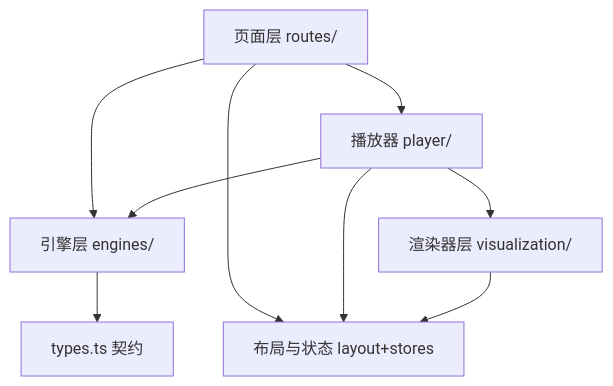
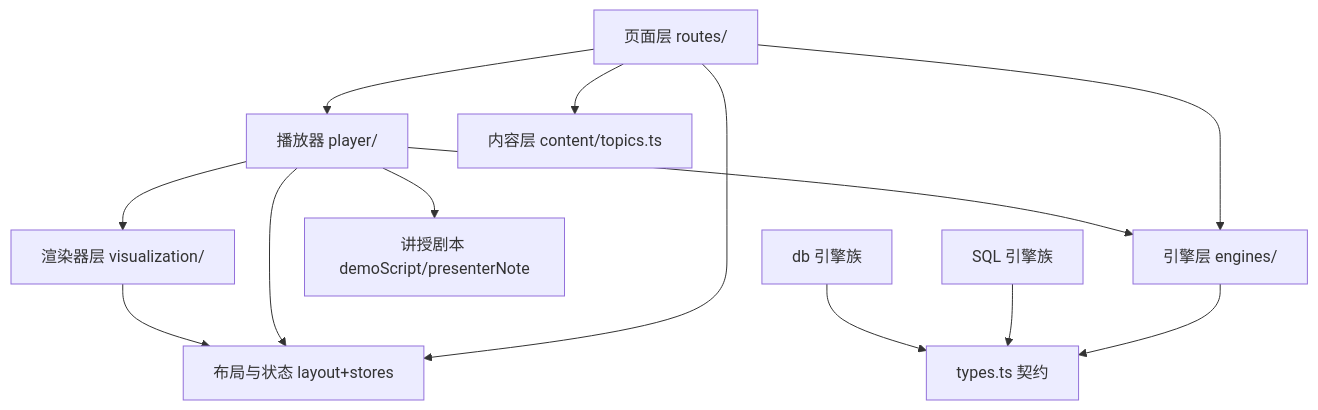
One commit to zep4yrs/struct changed the diagram in .nexus-map/arch/dependencies.md. Above: the diagram before and after it, drawn with Mermaid. The commit also changed other lines of this file and 144 other files, not shown here.

Commit message:
feat: v0.2 全量（13 引擎/7 渲染器/db+SQL+建表+er+btree 页）+ v0.3 演示投影模式（demoScript/presenterNote/投影全屏 keyboard）；GitHub Pages 部署 docs/；nexus-map 更新至 96 测试

````diff
--- a/.nexus-map/arch/dependencies.md
+++ b/.nexus-map/arch/dependencies.md
@@ -9,11 +9,15 @@
 ```mermaid
 graph TD
     R[页面层 routes/] --> P[播放器 player/]
     R --> E[引擎层 engines/]
+    R --> C[内容层 content/topics.ts]
     R --> L[布局与状态 layout+stores]
     P --> E
     P --> V[渲染器层 visualization/]
     P --> L
+    P --> N[讲授剧本 demoScript/presenterNote]
     V --> L
     E --> T[types.ts 契约]
+    S[SQL 引擎族] --> T
+    D[db 引擎族] --> T
 ```
````
